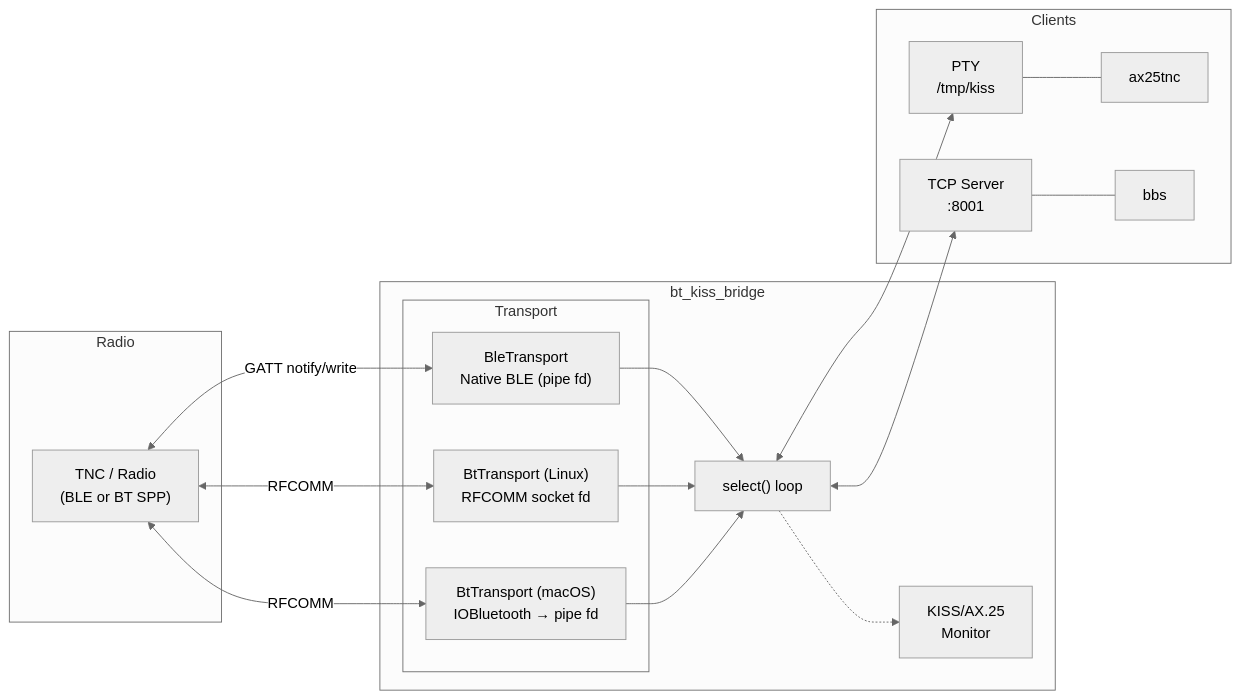
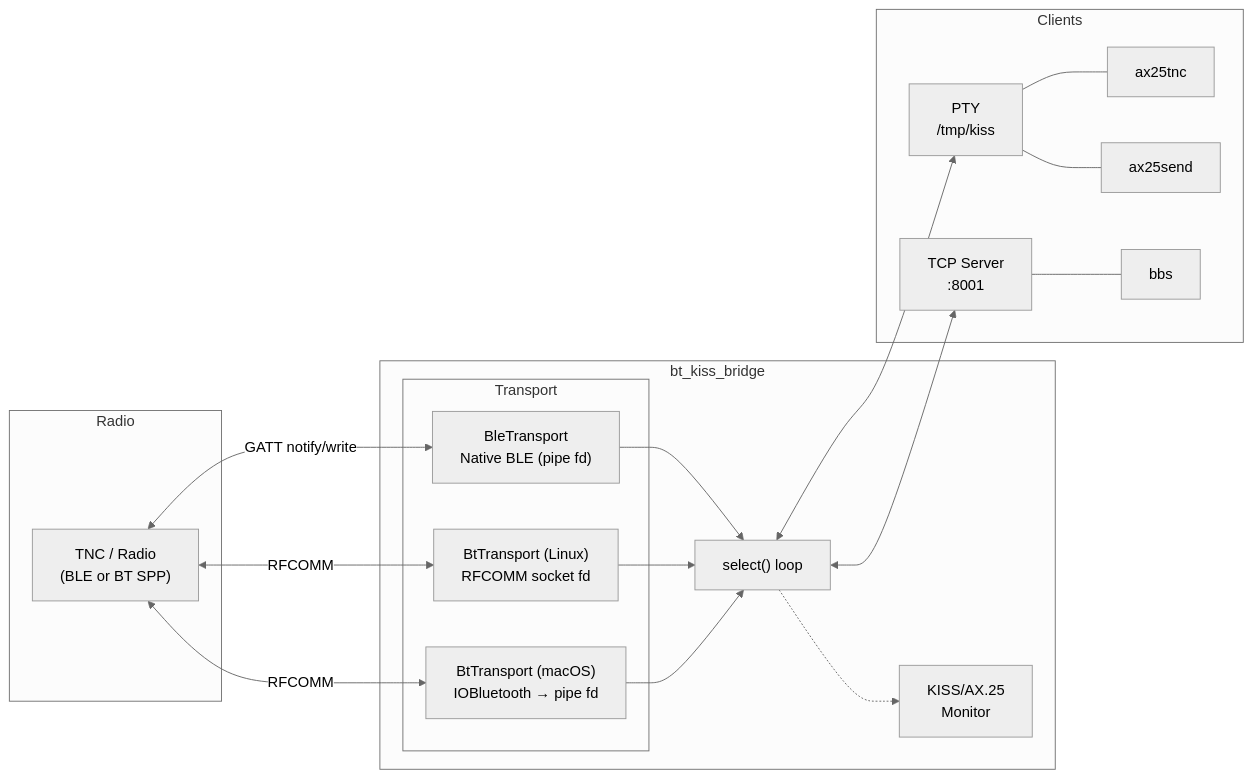
The sixth of 6 diagrams in DESIGN.md (solariun/AX25Toolkit), drawn with Mermaid (neutral theme) before and after one commit. The commit also changed 9 other files, not shown here.

````diff
--- a/DESIGN.md
+++ b/DESIGN.md
@@ -666,38 +666,40 @@
 ```mermaid
 flowchart LR
     subgraph Radio
         TNC["TNC / Radio<br/>(BLE or BT SPP)"]
     end
 
     subgraph bt_kiss_bridge
         subgraph Transport
             BLE["BleTransport<br/>Native BLE (pipe fd)"]
             BT_L["BtTransport (Linux)<br/>RFCOMM socket fd"]
             BT_M["BtTransport (macOS)<br/>IOBluetooth → pipe fd"]
         end
         SEL["select() loop"]
         MON["KISS/AX.25<br/>Monitor"]
     end
 
     subgraph Clients
         PTY["PTY<br/>/tmp/kiss"]
         TCP["TCP Server<br/>:8001"]
         A1["ax25tnc"]
         A2["bbs"]
+        A3["ax25send"]
     end
 
     TNC <-->|GATT notify/write| BLE
     TNC <-->|RFCOMM| BT_L
     TNC <-->|RFCOMM| BT_M
 
     BLE --> SEL
     BT_L --> SEL
     BT_M --> SEL
 
     SEL <--> PTY
     SEL <--> TCP
     SEL -.-> MON
 
     PTY --- A1
     TCP --- A2
+    PTY --- A3
 ```
````
